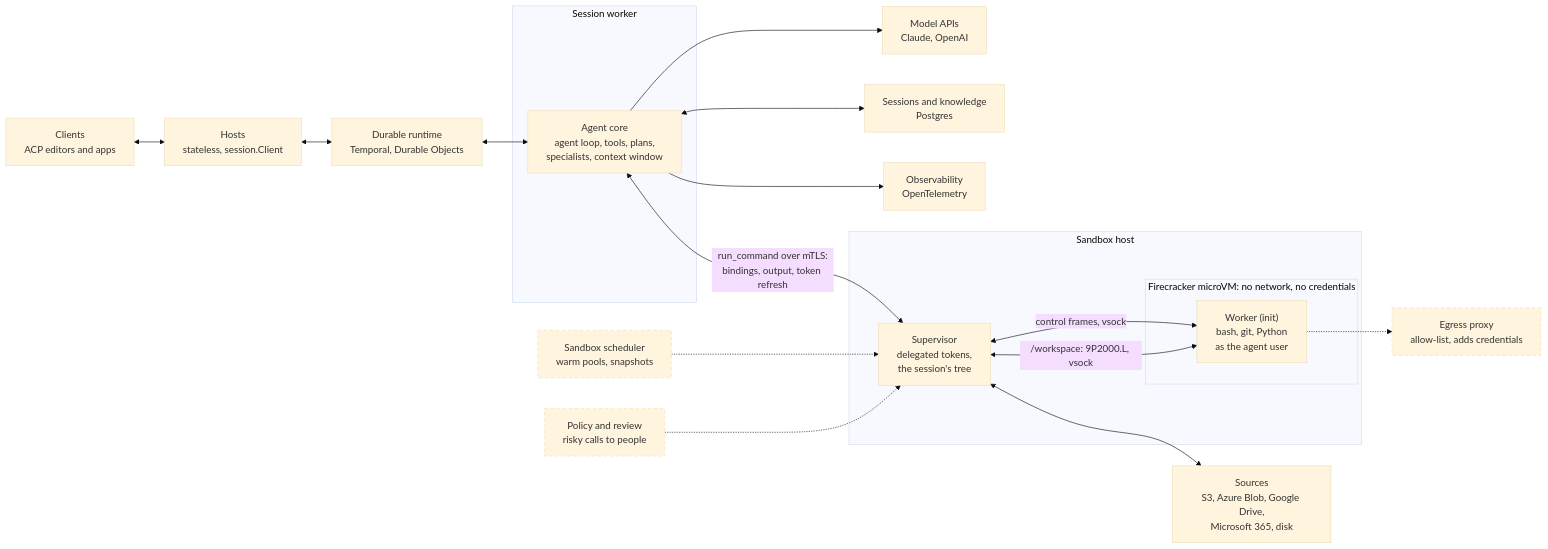
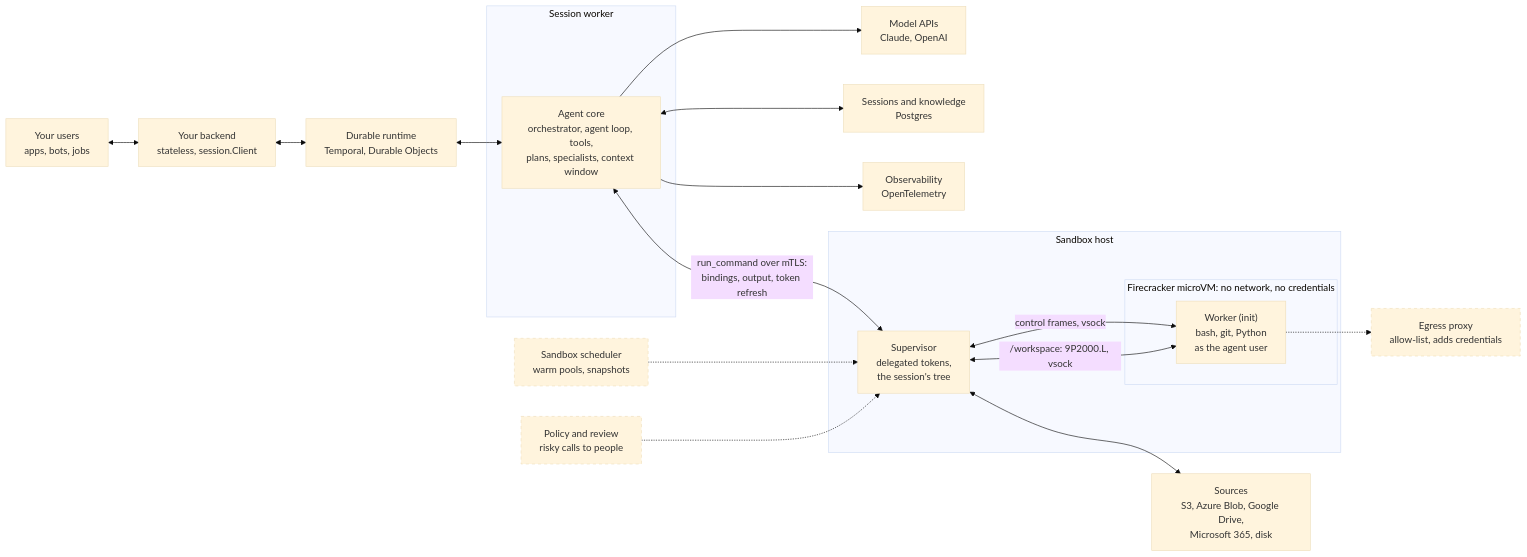
One commit to Ryanaldo34/tacklr changed the diagram in README.md. Above: the diagram before and after it, drawn with Mermaid (base theme). The commit also changed other lines of this file and 261 other files, not shown here.

````diff
--- a/README.md
+++ b/README.md
@@ -130,28 +130,28 @@
 ```mermaid
 flowchart LR
-    client["Clients<br/>ACP editors and apps"] <--> host["Hosts<br/>stateless, session.Client"]
-    host <--> runtime["Durable runtime<br/>Temporal, Durable Objects"]
+    client["Your users<br/>apps, bots, jobs"] <--> backend["Your backend<br/>stateless, session.Client"]
+    backend <--> runtime["Durable runtime<br/>Temporal, Durable Objects"]
     subgraph sessionworker["Session worker"]
-        core["Agent core<br/>agent loop, tools, plans,<br/>specialists, context window"]
+        core["Agent core<br/>orchestrator, agent loop, tools,<br/>plans, specialists, context window"]
     end
     runtime <--> core
     core --> models["Model APIs<br/>Claude, OpenAI"]
     core <--> stores["Sessions and knowledge<br/>Postgres"]
     core --> otel["Observability<br/>OpenTelemetry"]
     core <-- "run_command over mTLS:<br/>bindings, output, token refresh" --> supervisor
     subgraph sandboxhost["Sandbox host"]
         supervisor["Supervisor<br/>delegated tokens,<br/>the session's tree"]
         subgraph vm["Firecracker microVM: no network, no credentials"]
             worker["Worker (init)<br/>bash, git, Python<br/>as the agent user"]
         end
         supervisor <-- "control frames, vsock" --> worker
         supervisor <-- "/workspace: 9P2000.L, vsock" --> worker
     end
     supervisor <--> sources["Sources<br/>S3, Azure Blob, Google Drive,<br/>Microsoft 365, disk"]
     scheduler["Sandbox scheduler<br/>warm pools, snapshots"] -.-> supervisor
     policy["Policy and review<br/>risky calls to people"] -.-> supervisor
     worker -.-> proxy["Egress proxy<br/>allow-list, adds credentials"]
 
     classDef planned stroke-dasharray: 5 5
     class scheduler,policy,proxy planned
 ```
````
